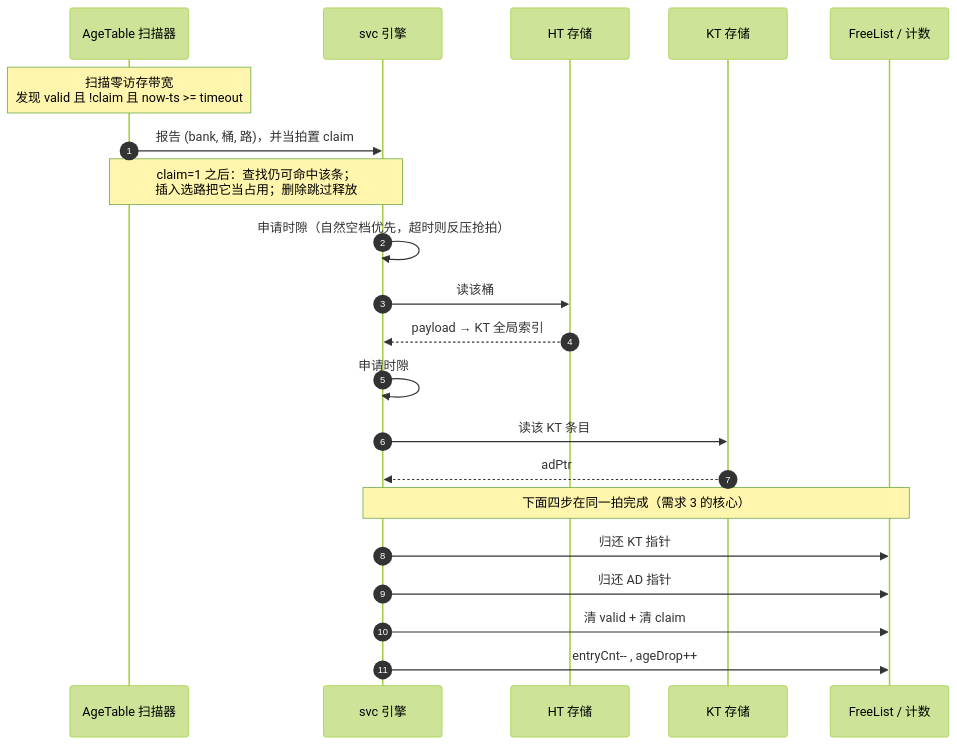
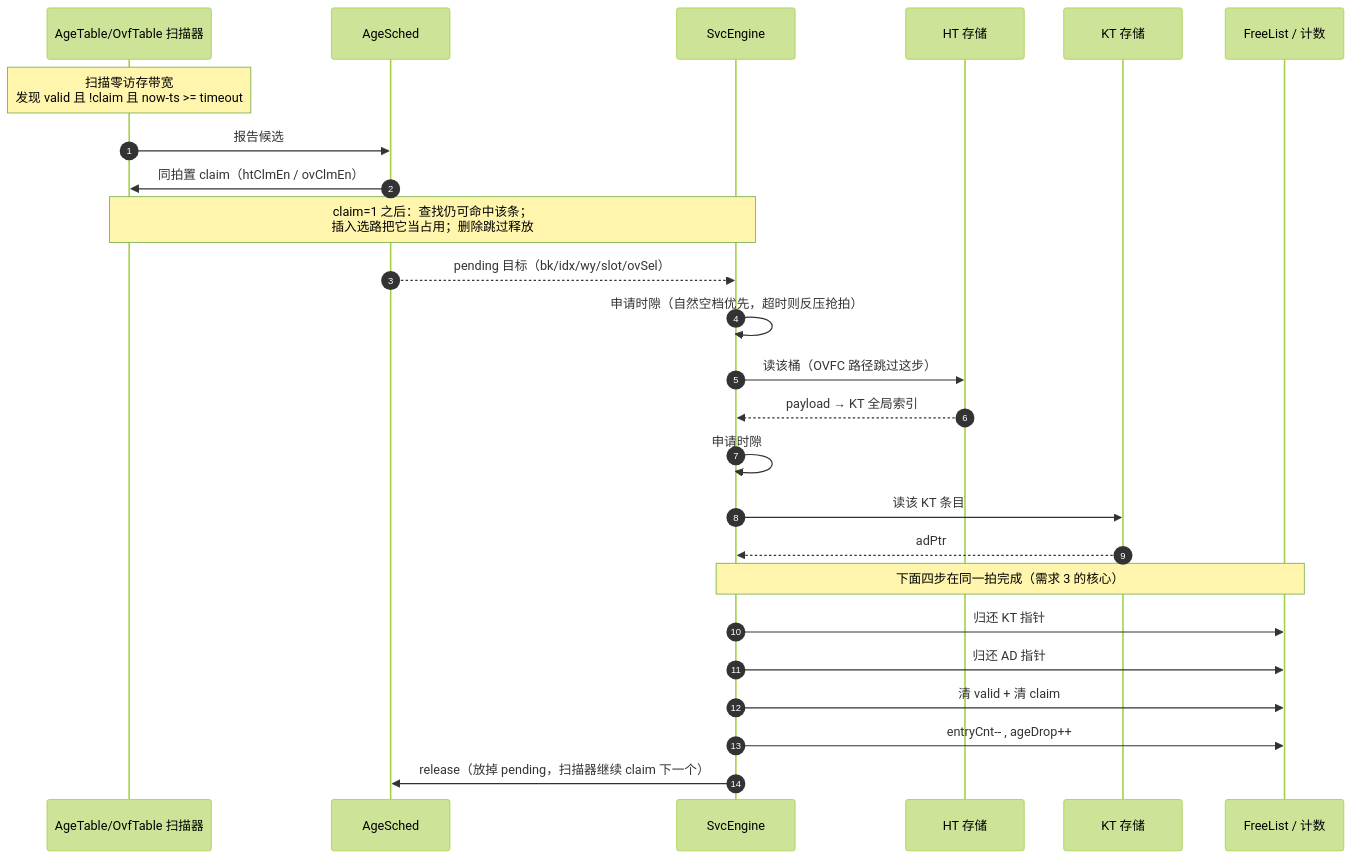
Before and after one commit to RuyeeAI/HardwareDesign: the eighth of 9 diagrams in docs/BaseCbb_设计文档/14_em.md, drawn with Mermaid (forest theme). The commit also changed other lines of this file and 11 other files, not shown here.

First line of the commit message:
fix(BaseCbb/em): 修 4 处功能缺陷，并重构出 OvfTable/AgeSched/SvcEngine 三个子模块

````diff
--- a/docs/BaseCbb_设计文档/14_em.md
+++ b/docs/BaseCbb_设计文档/14_em.md
@@ -374,24 +545,28 @@
 ```mermaid
 sequenceDiagram
     autonumber
-    participant SC as AgeTable 扫描器
-    participant SV as svc 引擎
+    participant SC as AgeTable/OvfTable 扫描器
+    participant SD as AgeSched
+    participant SV as SvcEngine
     participant HT as HT 存储
     participant KT as KT 存储
     participant FL as FreeList / 计数
 
     Note over SC: 扫描零访存带宽<br/>发现 valid 且 !claim 且 now-ts >= timeout
-    SC->>SV: 报告 (bank, 桶, 路)，并当拍置 claim
+    SC->>SD: 报告候选
+    SD->>SC: 同拍置 claim（htClmEn / ovClmEn）
     Note over SC,SV: claim=1 之后：查找仍可命中该条；<br/>插入选路把它当占用；删除跳过释放
+    SD-->>SV: pending 目标（bk/idx/wy/slot/ovSel）
     SV->>SV: 申请时隙（自然空档优先，超时则反压抢拍）
-    SV->>HT: 读该桶
+    SV->>HT: 读该桶（OVFC 路径跳过这步）
     HT-->>SV: payload → KT 全局索引
     SV->>SV: 申请时隙
     SV->>KT: 读该 KT 条目
     KT-->>SV: adPtr
     Note over SV,FL: 下面四步在同一拍完成（需求 3 的核心）
     SV->>FL: 归还 KT 指针
     SV->>FL: 归还 AD 指针
     SV->>FL: 清 valid + 清 claim
     SV->>FL: entryCnt-- , ageDrop++
+    SV->>SD: release（放掉 pending，扫描器继续 claim 下一个）
 ```
````
